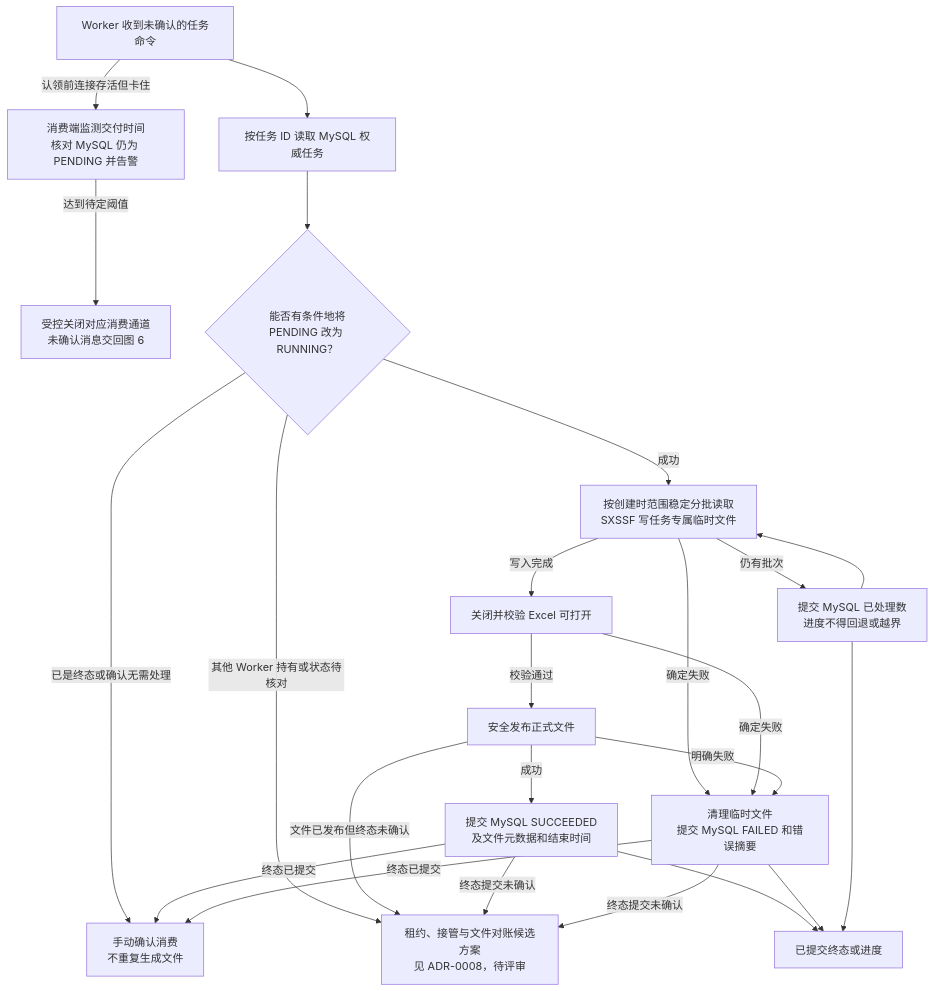
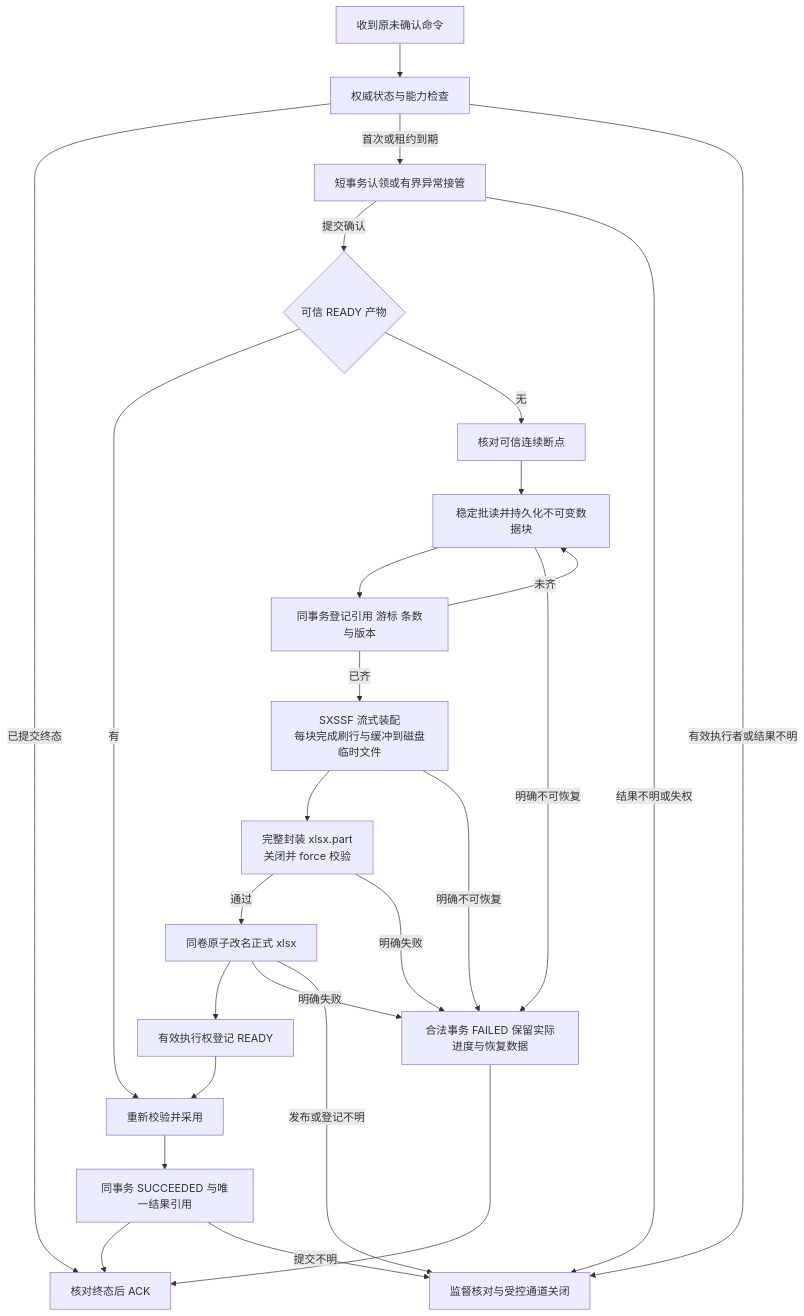
One commit to yxyxy666/export-flow changed the fourth of 6 diagrams in DATA-FLOW.md. Above: the diagram before and after it, drawn with Mermaid. The commit also changed other lines of this file and 31 other files, not shown here.

````diff
--- a/DATA-FLOW.md
+++ b/DATA-FLOW.md
@@ -144,26 +144,28 @@
 ```mermaid
 flowchart TD
-  A[Worker 收到未确认的任务命令] --> B[按任务 ID 读取 MySQL 权威任务]
-  A -->|认领前连接存活但卡住| WATCH[消费端监测交付时间<br/>核对 MySQL 仍为 PENDING 并告警]
-  WATCH -->|达到待定阈值| CLOSE[受控关闭对应消费通道<br/>未确认消息交回图 6]
-  B --> C{能否有条件地将<br/>PENDING 改为 RUNNING？}
-  C -->|已是终态或确认无需处理| ACK[手动确认消费<br/>不重复生成文件]
-  C -->|其他 Worker 持有或状态待核对| REC[租约、接管与文件对账候选方案<br/>见 ADR-0008，待评审]
-  C -->|成功| G[按创建时范围稳定分批读取<br/>SXSSF 写任务专属临时文件]
-  G -->|仍有批次| P[提交 MySQL 已处理数<br/>进度不得回退或越界]
-  P --> G
-  G -->|写入完成| V[关闭并校验 Excel 可打开]
-  V -->|校验通过| PUB[安全发布正式文件]
-  PUB -->|成功| S[提交 MySQL SUCCEEDED<br/>及文件元数据和结束时间]
-  G -->|确定失败| F[清理临时文件<br/>提交 MySQL FAILED 和错误摘要]
-  V -->|确定失败| F
+  A[收到原未确认命令] --> B[权威状态与能力检查]
+  B -->|已提交终态| ACK[核对终态后 ACK]
+  B -->|首次或租约到期| C[短事务认领或有界异常接管]
+  B -->|有效执行者或结果不明| HOLD[监督核对与受控通道关闭]
+  C -->|提交确认| R{可信 READY 产物}
+  R -->|有| CHECK[重新校验并采用]
+  R -->|无| CP[核对可信连续断点]
+  CP --> G[稳定批读并持久化不可变数据块]
+  G --> P[同事务登记引用 游标 条数与版本]
+  P -->|未齐| G
+  P -->|已齐| TMP[SXSSF 流式装配<br/>每块完成刷行与缓冲到磁盘临时文件]
+  TMP --> PART[完整封装 xlsx.part<br/>关闭并 force 校验]
+  PART -->|通过| PUB[同卷原子改名正式 xlsx]
+  PUB --> READY[有效执行权登记 READY]
+  READY --> CHECK
+  CHECK --> S[同事务 SUCCEEDED 与唯一结果引用]
+  S --> ACK
+  G -->|明确不可恢复| F[合法事务 FAILED 保留实际进度与恢复数据]
+  TMP -->|明确不可恢复| F
+  PART -->|明确失败| F
   PUB -->|明确失败| F
-  S -->|终态已提交| ACK
-  F -->|终态已提交| ACK
-  S --> OUT[已提交终态或进度]
-  F --> OUT
-  P --> OUT
-  PUB -->|文件已发布但终态未确认| REC
-  S -->|终态提交未确认| REC
-  F -->|终态提交未确认| REC
+  F --> ACK
+  C -->|结果不明或失权| HOLD
+  S -->|提交不明| HOLD
+  PUB -->|发布或登记不明| HOLD
 ```
````
